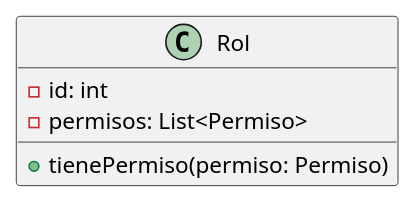
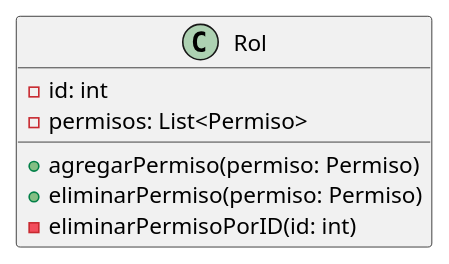
The diagram in DC/E3/domain/comunidades/Rol.puml (mbertogliati/dds-tpa), drawn with PlantUML before and after one commit. The commit also changed 69 other files, not shown here.

Commit message:
Completo la estructura de (casi) todas las clases en el diagrama de clases (ver E3_COMPLETO.puml). Agregue tambien varios TODO con cosas para decidir.

```diff
--- a/DC/E3/domain/comunidades/Rol.puml
+++ b/DC/E3/domain/comunidades/Rol.puml
@@ -1,11 +1,13 @@
 @startuml
 'https://plantuml.com/class-diagram
 
 class Rol{
     -id: int
     -permisos: List<Permiso>
 
-    +tienePermiso(permiso: Permiso)
+    +agregarPermiso(permiso: Permiso)
+    +eliminarPermiso(permiso: Permiso)
+    -eliminarPermisoPorID(id: int)
 }
 
 @enduml
```
